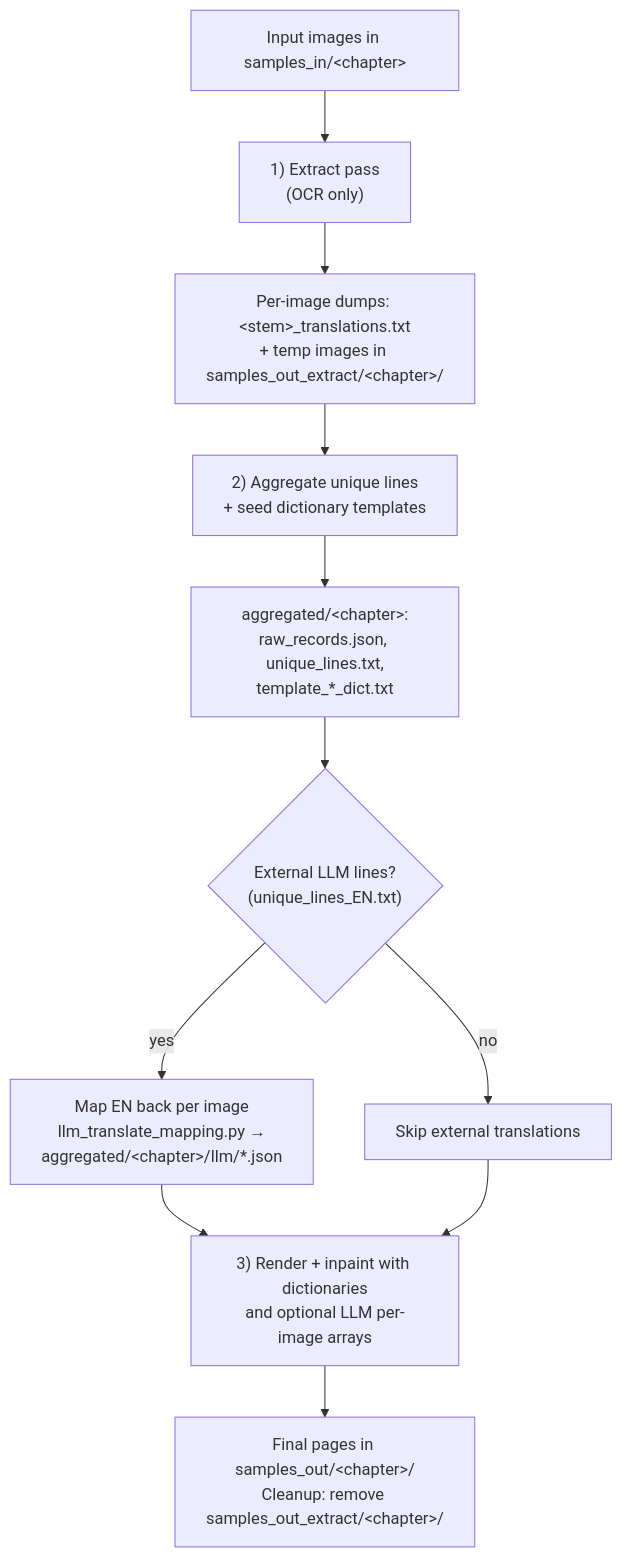
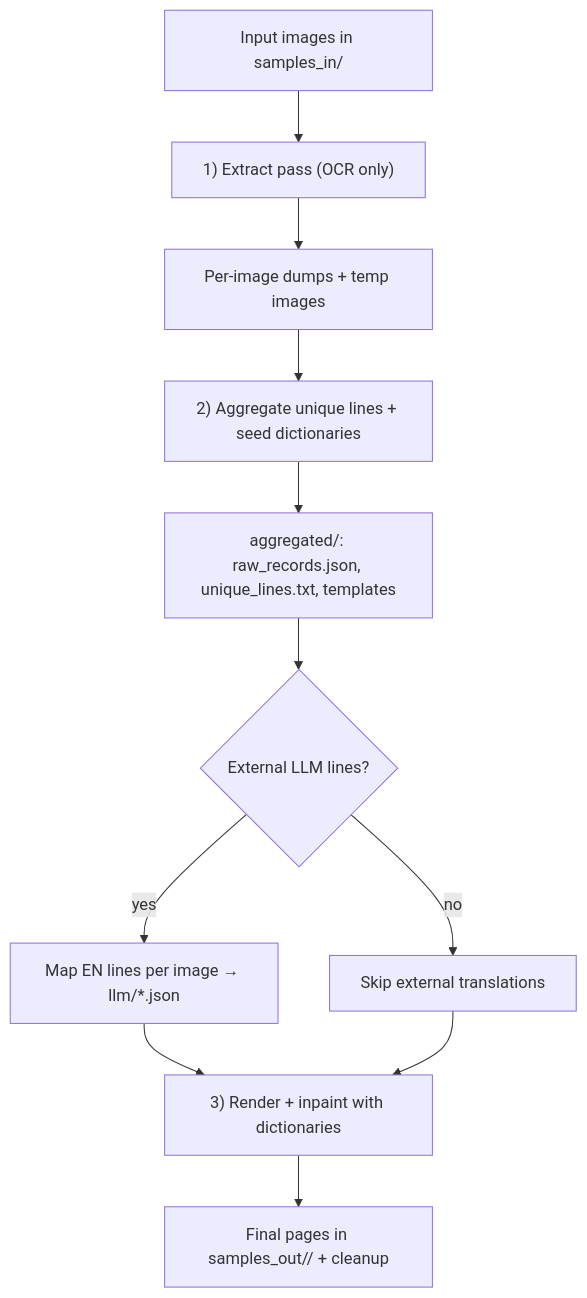
The first of 4 diagrams in README.md (bizzkoot/manga-image-translator-wrapper), drawn with Mermaid before and after one commit. The commit also changed other lines of this file and 7 other files, not shown here.

````diff
--- a/README.md
+++ b/README.md
@@ -164,13 +120,13 @@
 ```mermaid
 graph TD
-    A["Input images in samples_in/&lt;chapter&gt;"] --> B["1) Extract pass<br/>(OCR only)"]
-    B --> C["Per-image dumps: &lt;stem&gt;_translations.txt<br/>+ temp images in samples_out_extract/&lt;chapter&gt;/"]
-    C --> D["2) Aggregate unique lines<br/>+ seed dictionary templates"]
-    D --> E["aggregated/&lt;chapter&gt;:<br/>raw_records.json, unique_lines.txt,<br/>template_*_dict.txt"]
-    E --> F{"External LLM lines?<br/>(unique_lines_EN.txt)"}
-    F -- yes --> G["Map EN back per image<br/>llm_translate_mapping.py →<br/>aggregated/&lt;chapter&gt;/llm/*.json"]
+    A["Input images in samples_in/<chapter>"] --> B["1) Extract pass (OCR only)"]
+    B --> C["Per-image dumps + temp images"]
+    C --> D["2) Aggregate unique lines + seed dictionaries"]
+    D --> E["aggregated/<chapter>: raw_records.json, unique_lines.txt, templates"]
+    E --> F{"External LLM lines?"}
+    F -- yes --> G["Map EN lines per image → llm/*.json"]
     F -- no --> H["Skip external translations"]
-    G --> I["3) Render + inpaint with dictionaries<br/>and optional LLM per-image arrays"]
+    G --> I["3) Render + inpaint with dictionaries"]
     H --> I
-    I --> J["Final pages in samples_out/&lt;chapter&gt;/<br/>Cleanup: remove samples_out_extract/&lt;chapter&gt;/"]
+    I --> J["Final pages in samples_out/<chapter>/ + cleanup"]
 ```
````
